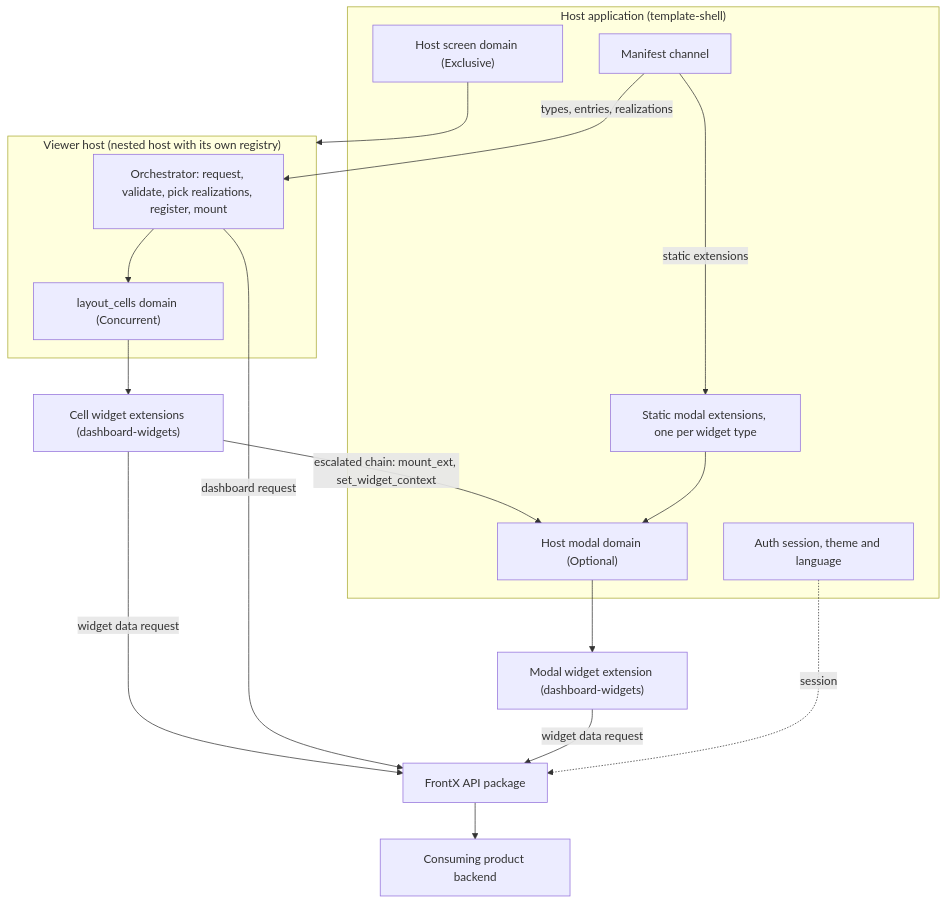
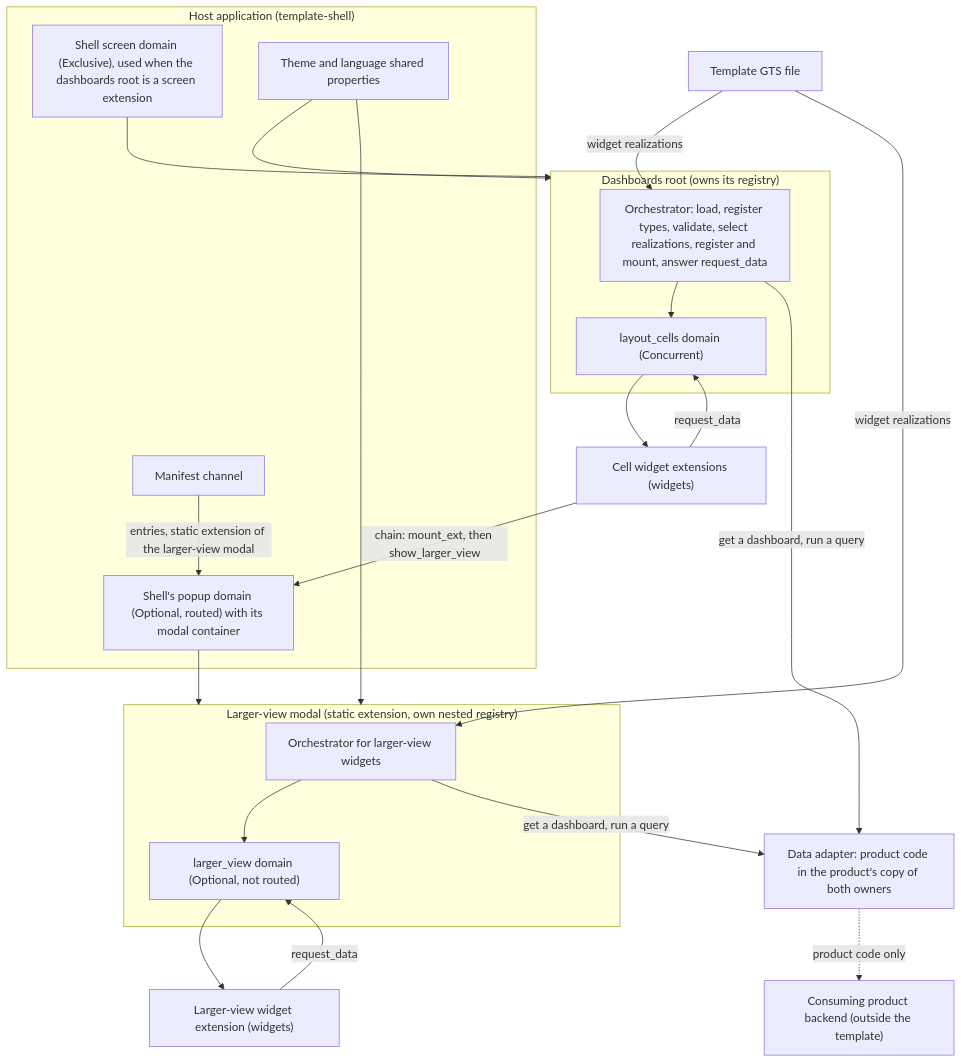
One commit to AndrejK666/gears-frontx-templates changed the first of 11 diagrams in template-dashboard/architecture/DESIGN.md. Above: the diagram before and after it, drawn with Mermaid. The commit also changed other lines of this file and 25 other files, not shown here.

Commit message:
docs: sdlc updated with the declarative data query

````diff
--- a/template-dashboard/architecture/DESIGN.md
+++ b/template-dashboard/architecture/DESIGN.md
@@ -99,32 +104,40 @@
 ```mermaid
 graph TB
     subgraph Host["Host application (template-shell)"]
-        SCR["Host screen domain (Exclusive)"]
-        POP["Host modal domain (Optional)"]
-        SME["Static modal extensions, one per widget type"]
+        SCR["Shell screen domain (Exclusive), used when the dashboards root is a screen extension"]
+        POP["Shell's popup domain (Optional, routed) with its modal container"]
         MAN["Manifest channel"]
-        SES["Auth session, theme and language"]
+        PROPS["Theme and language shared properties"]
     end
-    subgraph Viewer["Viewer host (nested host with its own registry)"]
-        ORCH["Orchestrator: request, validate, pick realizations, register, mount"]
+    subgraph Root["Dashboards root (owns its registry)"]
+        ORC["Orchestrator: load, register types, validate, select realizations, register and mount, answer request_data"]
         LC["layout_cells domain (Concurrent)"]
     end
-    CW["Cell widget extensions (dashboard-widgets)"]
-    MW["Modal widget extension (dashboard-widgets)"]
-    API["FrontX API package"]
-    BE["Consuming product backend"]
+    subgraph LVM["Larger-view modal (static extension, own nested registry)"]
+        ORM["Orchestrator for larger-view widgets"]
+        LV["larger_view domain (Optional, not routed)"]
+    end
+    CW["Cell widget extensions (widgets)"]
+    LW["Larger-view widget extension (widgets)"]
+    GF["Template GTS file"]
+    DA["Data adapter: product code in the product's copy of both owners"]
+    BE["Consuming product backend (outside the template)"]
 
-    SCR --> Viewer
-    MAN -- "types, entries, realizations" --> ORCH
-    MAN -- "static extensions" --> SME
-    SME --> POP
-    ORCH --> LC
+    SCR --> Root
+    POP --> LVM
+    MAN -- "entries, static extension of the larger-view modal" --> POP
+    PROPS --> Root
+    PROPS --> LVM
+    GF -- "widget realizations" --> ORC
+    GF -- "widget realizations" --> ORM
+    ORC --> LC
     LC --> CW
-    CW -- "escalated chain: mount_ext, set_widget_context" --> POP
-    POP --> MW
-    ORCH -- "dashboard request" --> API
-    CW -- "widget data request" --> API
-    MW -- "widget data request" --> API
-    API --> BE
-    SES -. "session" .-> API
+    CW -- "request_data" --> LC
+    CW -- "chain: mount_ext, then show_larger_view" --> POP
+    ORM --> LV
+    LV --> LW
+    LW -- "request_data" --> LV
+    ORC -- "get a dashboard, run a query" --> DA
+    ORM -- "get a dashboard, run a query" --> DA
+    DA -. "product code only" .-> BE
 ```
````
